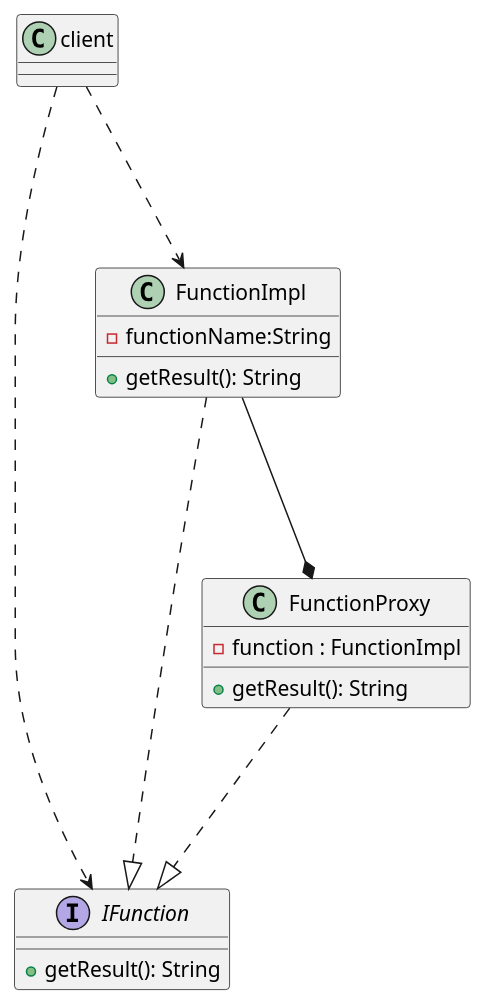
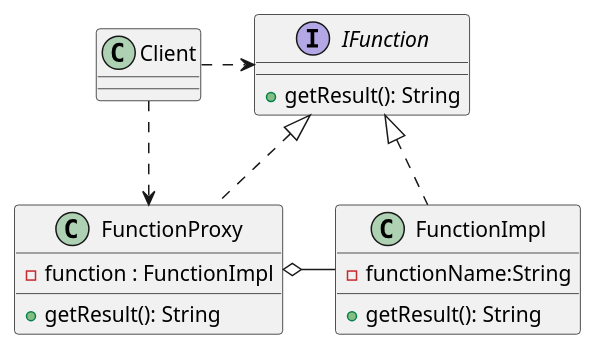
Before and after one commit to qiding1991/design-pattern: the diagram in struct-proxy-design/proxy-design.puml, drawn with PlantUML. The commit also changed 34 other files, not shown here.

```diff
--- a/struct-proxy-design/proxy-design.puml
+++ b/struct-proxy-design/proxy-design.puml
@@ -1,25 +1,21 @@
 @startuml
 
     interface IFunction{
        + getResult(): String
     }
     class FunctionImpl{
        - functionName:String
        + getResult(): String
     }
     class FunctionProxy{
       - function : FunctionImpl
        + getResult(): String
     }
 
-    FunctionImpl...|>IFunction
-    FunctionProxy...|>IFunction
-    FunctionImpl ---* FunctionProxy
-    client...>IFunction
-    client...>FunctionImpl
-
-
-
-
+    Client.>IFunction
+    IFunction<|..FunctionImpl
+    IFunction<|..FunctionProxy
+    FunctionProxy o-FunctionImpl
+    Client ..>FunctionProxy
 
 @enduml
```
